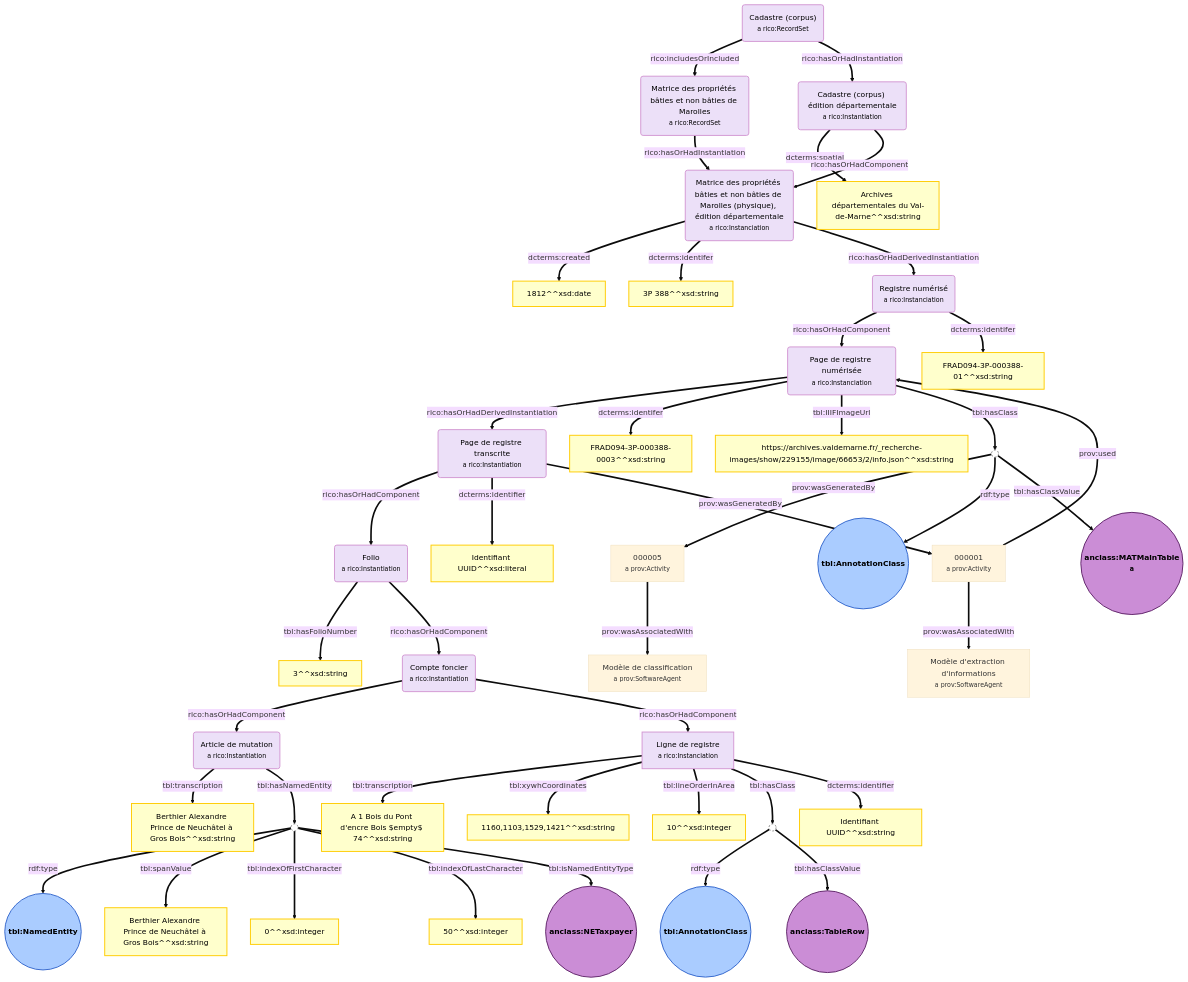
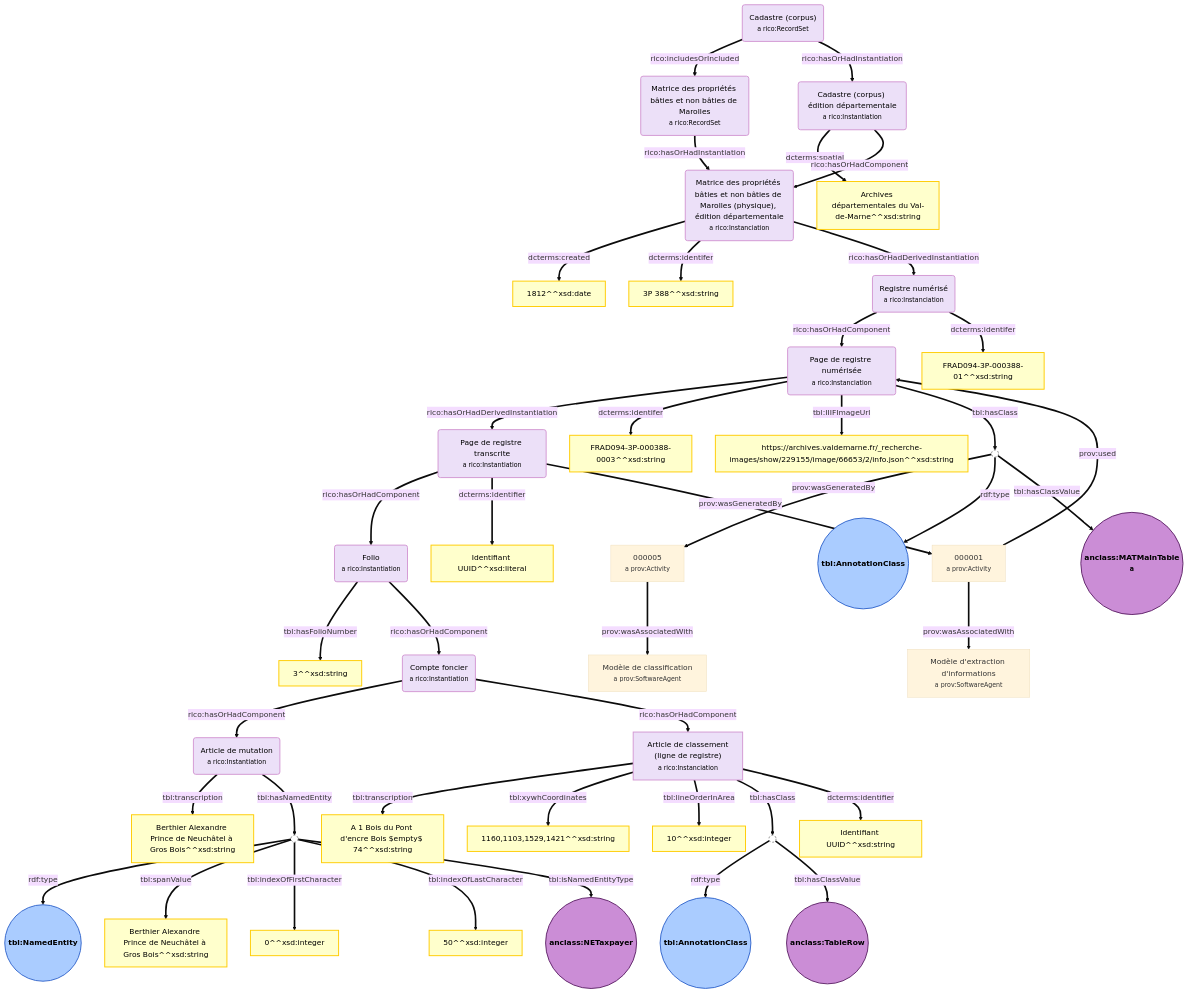
Before and after one commit to solenn-tl/tabulae-ontology: the second of 3 diagrams in ontology/fr-documentation/sources/sources_schema.md, drawn with Mermaid (base theme). The commit also changed other lines of this file, not shown here.

Commit message:
Update schémas sources

```diff
--- a/ontology/fr-documentation/sources/sources_schema.md
+++ b/ontology/fr-documentation/sources/sources_schema.md
@@ -146,9 +146,9 @@
     AnnotationClassInstBN((" "))
     tblAnnotationClass((tbl:AnnotationClass))
     SKOSPageClass(("anclass:MATMainTable<br><small>a "))
-    TreatedImageNode("Page de registre transcrite"<br><small>a rico:Instantiation</small>)
+    TreatedImageNode("Page de registre transcrite<br><small>a rico:Instantiation</small>")
     TreatedImageNodeUUID["Identifiant UUID"^^xsd:literal]
-    IIIFImageUrlLiteral["https://archives.valdemarne.fr/_recherche-images/show/229155/image/66653/2/info.json"^^xsd:string]
+    IIIFImageUrlLiteral["https://archives.valdemarne.fr/_recherche-images/show/229155/image/66653/2/info.json^^xsd:string"]
 
     ClassificationActivity["000005<br><small>a prov:Activity</small>"]
     SoftwareAgentYolo["Modèle de classification<br><small>a prov:SoftwareAgent"]
@@ -157,15 +157,15 @@
     %%NERActivity["000002<br><small>a prov:Activity</small>"]
     %%SoftwareAgentCamembert["NER<br><small>a prov:SoftwareAgent"]
 
-    FolioInst("Folio"<br><small>a rico:Instantiation</small>)
-    FolioNum[3^^xsd:string]
+    FolioInst("Folio<br><small>a rico:Instantiation</small>")
+    FolioNum["3^^xsd:string"]
     
-    CF("Compte foncier"<br><small>a rico:Instantiation<small>)
+    CF("Compte foncier<br><small>a rico:Instantiation<small>")
 
-    MATArticleDeMutation("Article de mutation"<br><small> a rico:Instantiation)
-    MATArticleDeMutationTr["Berthier Alexandre Prince de Neuchâtel à Gros Bois"^^xsd:string]
+    MATArticleDeMutation("Article de mutation<br><small> a rico:Instantiation")
+    MATArticleDeMutationTr["Berthier Alexandre Prince de Neuchâtel à Gros Bois^^xsd:string"]
 
-    RowNode["Ligne de registre<br><small> a rico:Instanciation</small>"]
+    RowNode["Article de classement<br>(ligne de registre)<br><small> a rico:Instanciation</small>"]
     LiteralFullRow["A 1 Bois du Pont d'encre Bois $empty$ 74"^^xsd:string]
     RowInteger[10^^xsd:integer]
     CoordsFullRow[1160,1103,1529,1421^^xsd:string]
```
